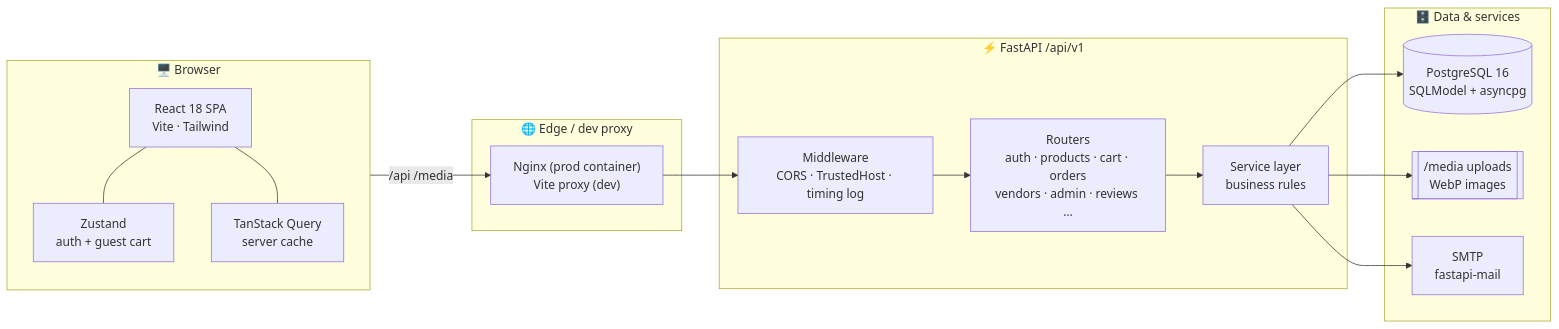
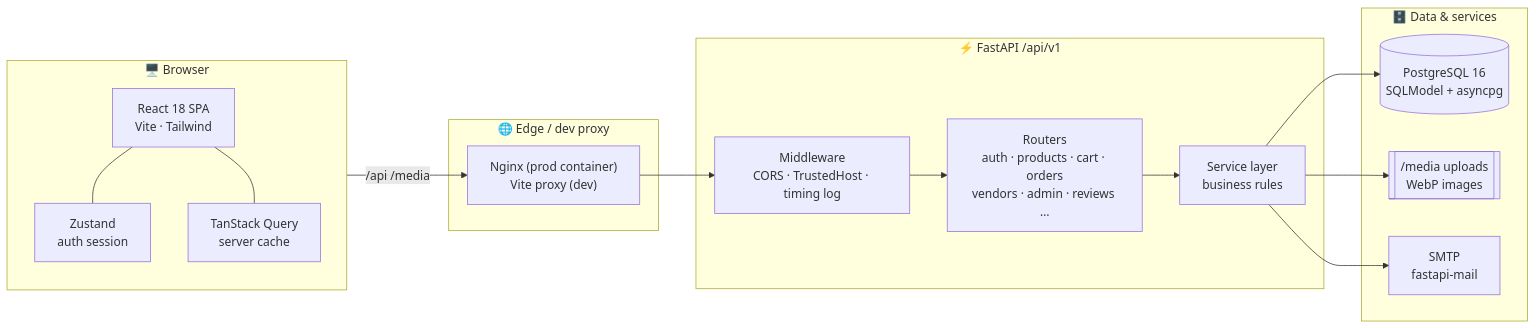
One commit to SuprabhSharma/Tavilo-eCommerce changed the first of 6 diagrams in README.md. Above: the diagram before and after it, drawn with Mermaid. The commit also changed other lines of this file and 69 other files, not shown here.

````diff
--- a/README.md
+++ b/README.md
@@ -116,32 +116,32 @@
 ```mermaid
 flowchart LR
     subgraph Client["🖥️ Browser"]
         UI["React 18 SPA<br/>Vite · Tailwind"]
-        ST["Zustand<br/>auth + guest cart"]
+        ST["Zustand<br/>auth session"]
         RQ["TanStack Query<br/>server cache"]
         UI --- ST
         UI --- RQ
     end
 
     subgraph Edge["🌐 Edge / dev proxy"]
         NG["Nginx (prod container)<br/>Vite proxy (dev)"]
     end
 
     subgraph API["⚡ FastAPI  /api/v1"]
         MW["Middleware<br/>CORS · TrustedHost · timing log"]
         RT["Routers<br/>auth · products · cart · orders<br/>vendors · admin · reviews …"]
         SV["Service layer<br/>business rules"]
         MW --> RT --> SV
     end
 
     subgraph Data["🗄️ Data & services"]
         PG[("PostgreSQL 16<br/>SQLModel + asyncpg")]
         FS[["/media uploads<br/>WebP images"]]
         SM["SMTP<br/>fastapi-mail"]
     end
 
     Client -->|"/api  /media"| NG --> MW
     SV --> PG
     SV --> FS
     SV --> SM
 ```
````
